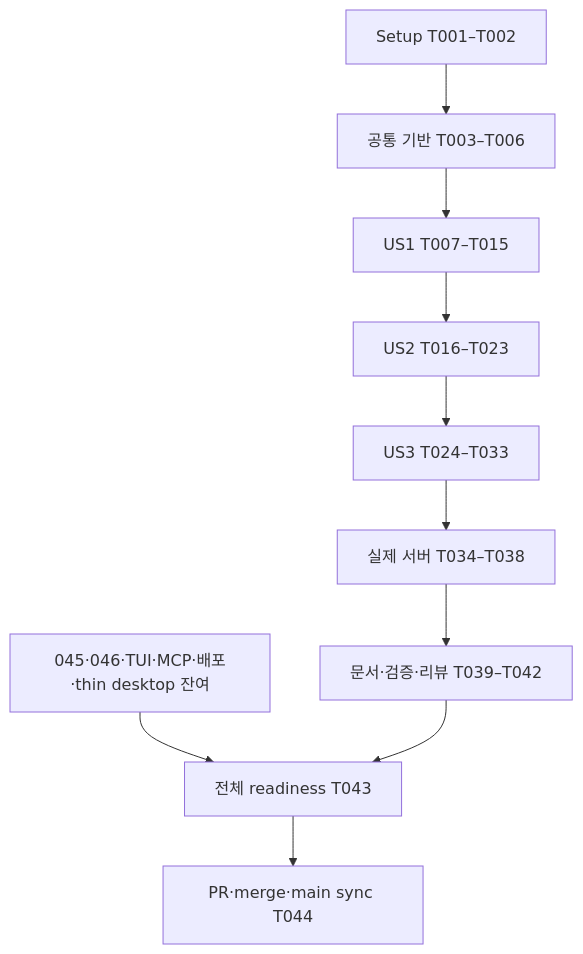
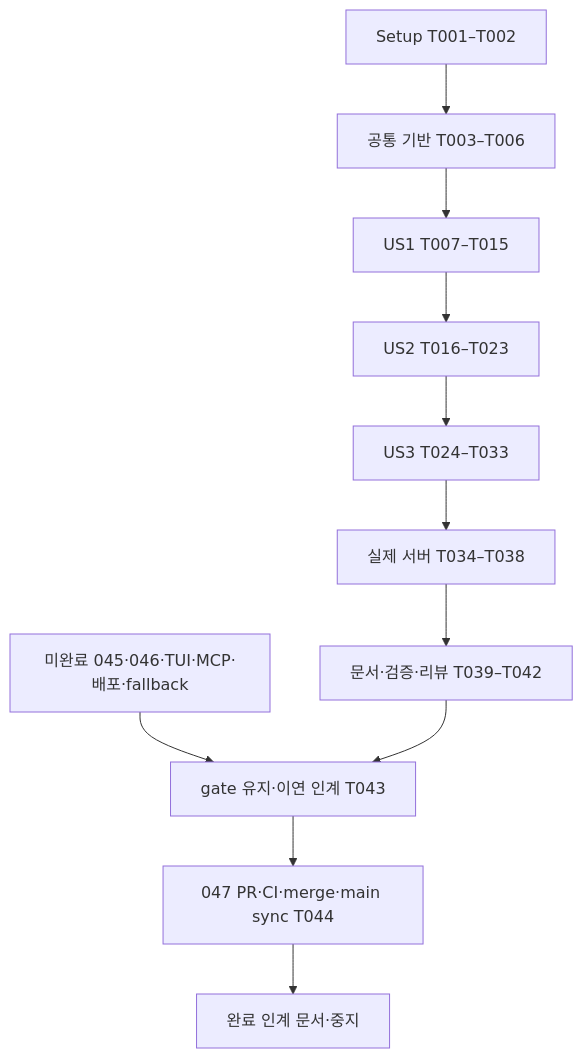
The diagram in specs/047-rust-client-cli/tasks.md (yoophi/agentic-workspace), drawn with Mermaid before and after one commit. The commit also changed other lines of this file and 23 other files, not shown here.

````diff
--- a/specs/047-rust-client-cli/tasks.md
+++ b/specs/047-rust-client-cli/tasks.md
@@ -75,12 +75,13 @@
 ```mermaid
 flowchart TD
     S[Setup T001–T002] --> F[공통 기반 T003–T006]
     F --> A[US1 T007–T015]
     A --> B[US2 T016–T023]
     B --> C[US3 T024–T033]
     C --> I[실제 서버 T034–T038]
     I --> V[문서·검증·리뷰 T039–T042]
-    P[045·046·TUI·MCP·배포·thin desktop 잔여] --> G[전체 readiness T043]
+    P[미완료 045·046·TUI·MCP·배포·fallback] --> G[gate 유지·이연 인계 T043]
     V --> G
-    G --> M[PR·merge·main sync T044]
+    G --> M[047 PR·CI·merge·main sync T044]
+    M --> H[완료 인계 문서·중지]
 ```
````
